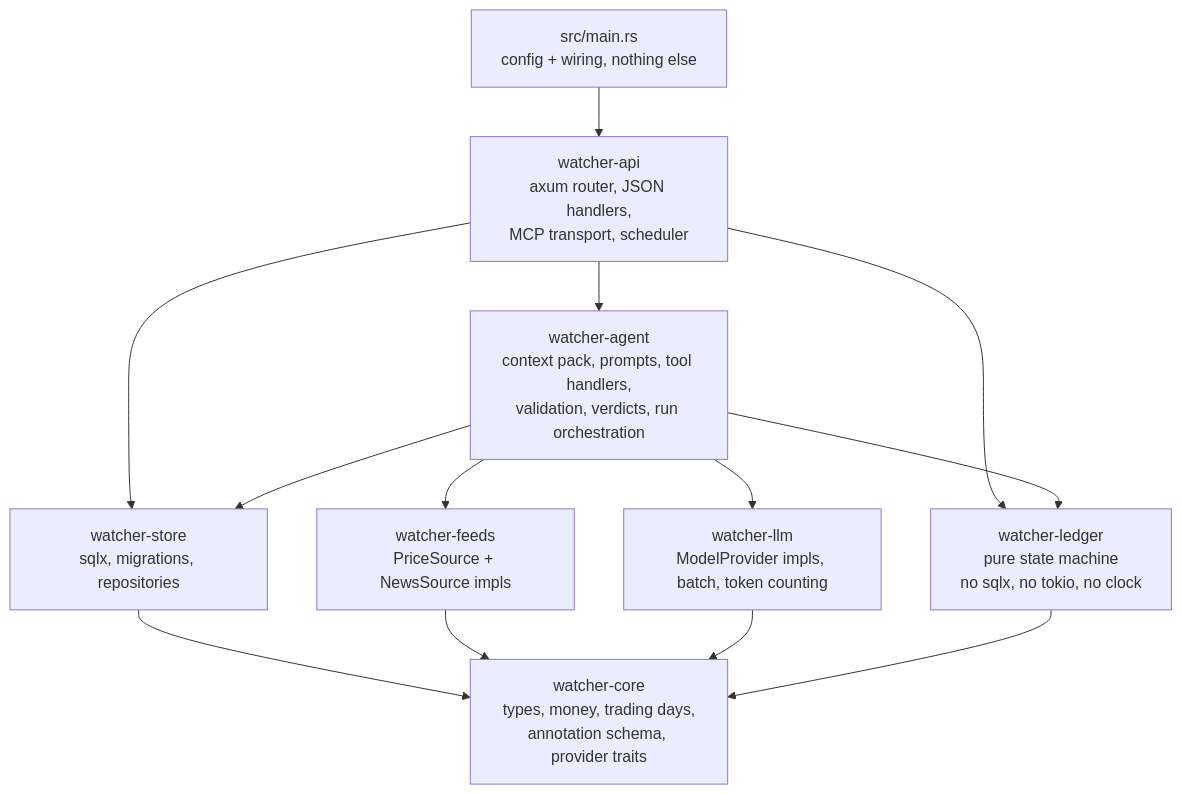
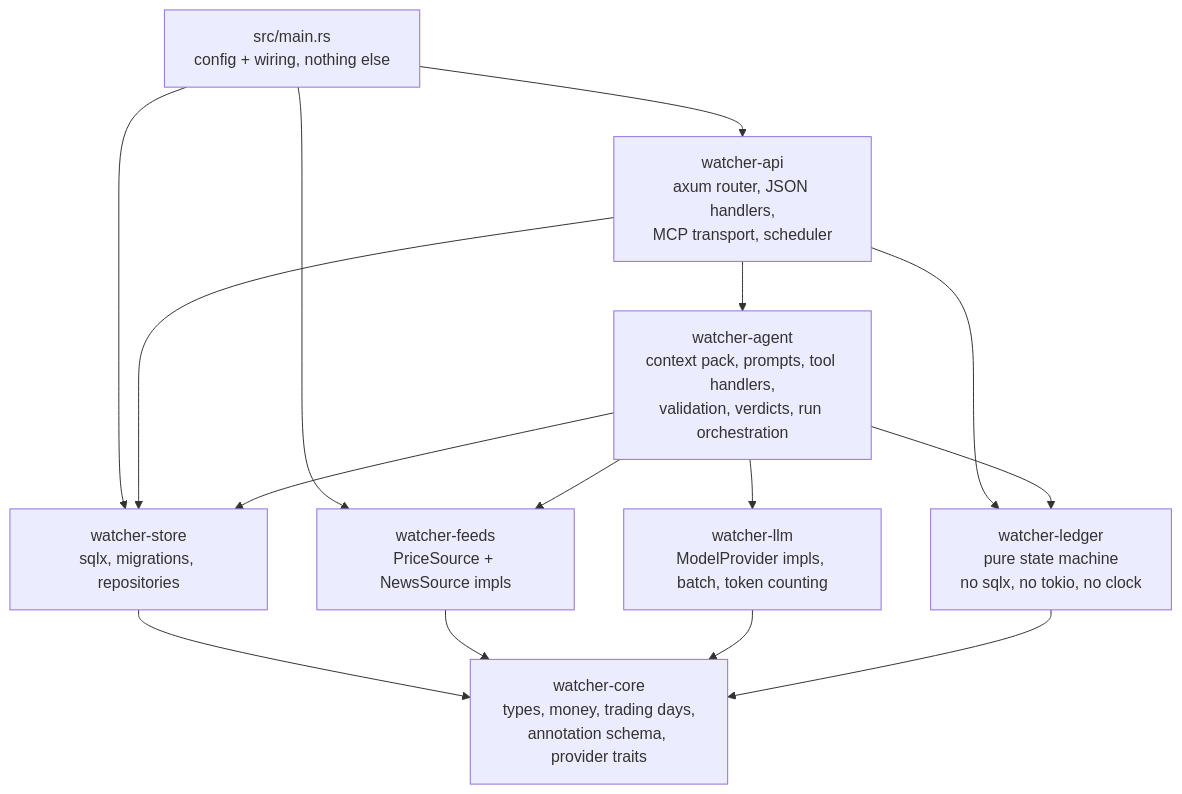
Before and after one commit to FMaged/the-watcher: the first of 4 diagrams in doc/architecture.md, drawn with Mermaid. The commit also changed other lines of this file and 22 other files, not shown here.

````diff
--- a/doc/architecture.md
+++ b/doc/architecture.md
@@ -10,16 +10,18 @@
 ```mermaid
 flowchart TD
     MAIN["src/main.rs<br/>config + wiring, nothing else"] --> API
+    MAIN --> STORE
+    MAIN --> FEEDS
     API["watcher-api<br/>axum router, JSON handlers,<br/>MCP transport, scheduler"] --> AGENT
     API --> STORE
     API --> LEDGER
     AGENT["watcher-agent<br/>context pack, prompts, tool handlers,<br/>validation, verdicts, run orchestration"] --> STORE
     AGENT --> FEEDS
     AGENT --> LLM
     AGENT --> LEDGER
     STORE["watcher-store<br/>sqlx, migrations, repositories"] --> CORE
     FEEDS["watcher-feeds<br/>PriceSource + NewsSource impls"] --> CORE
     LLM["watcher-llm<br/>ModelProvider impls, batch, token counting"] --> CORE
     LEDGER["watcher-ledger<br/>pure state machine<br/>no sqlx, no tokio, no clock"] --> CORE
     CORE["watcher-core<br/>types, money, trading days,<br/>annotation schema, provider traits"]
 ```
````
